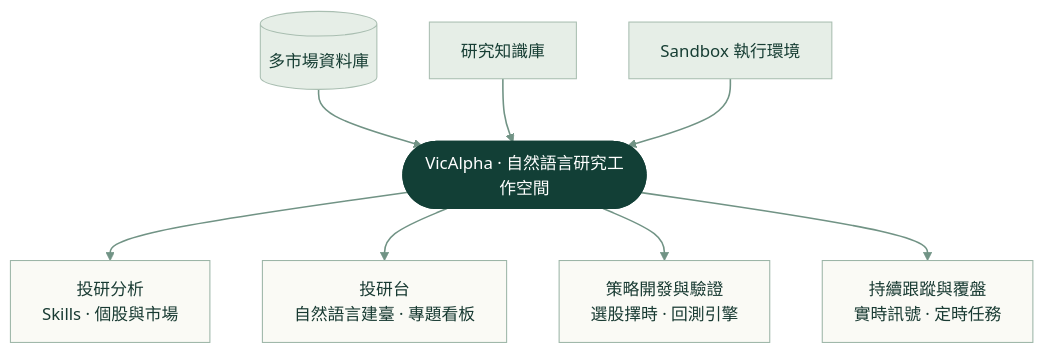
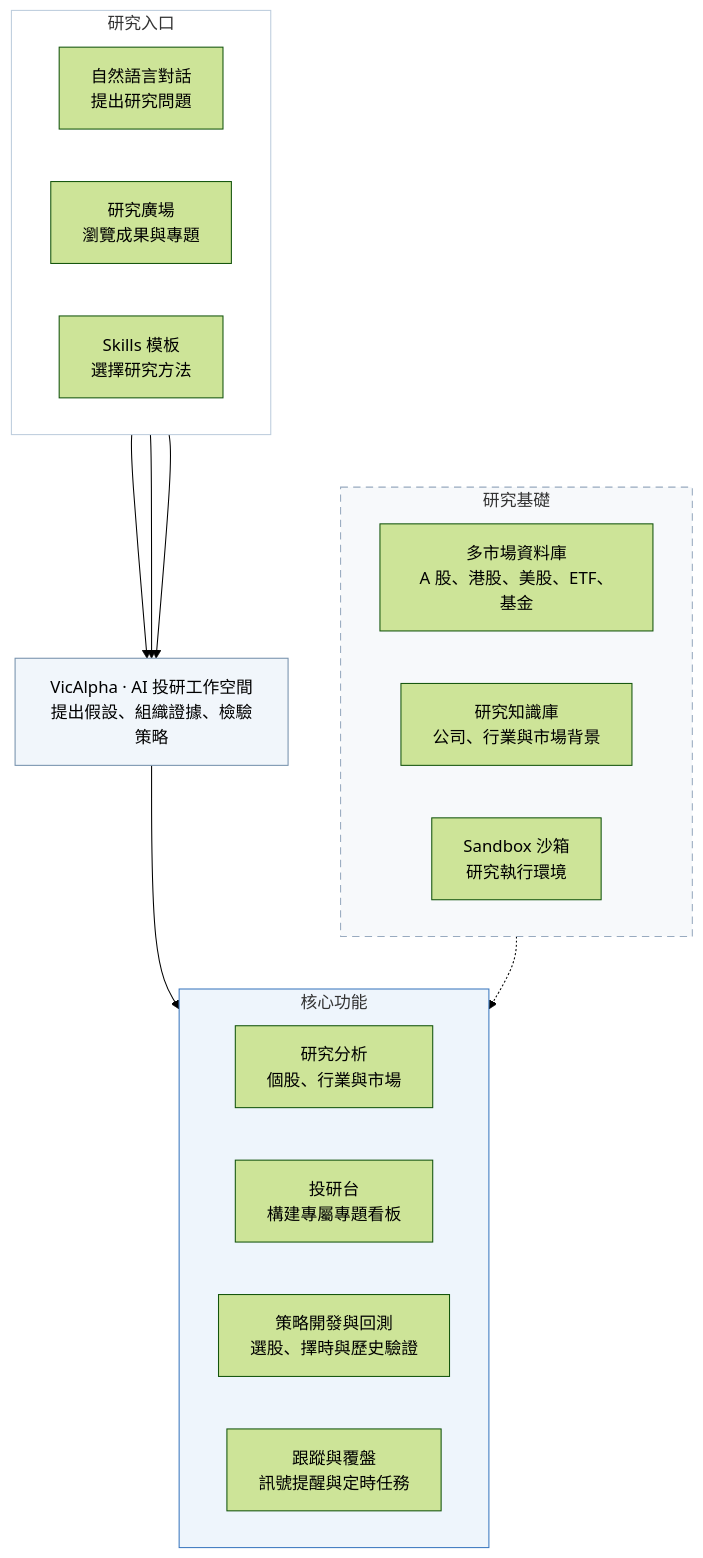
The diagram in images/platform-structure-tw.mmd (piuup/vicalpha-agent), drawn with Mermaid (forest theme) before and after one commit. The commit also changed 6 other files, not shown here.

Commit message:
Present research entry points, workspace, tools and foundations in a layered diagram

```diff
--- a/images/platform-structure-tw.mmd
+++ b/images/platform-structure-tw.mmd
@@ -1,16 +1,30 @@
 flowchart TB
-    D[("多市場資料庫")] --> W
-    K["研究知識庫"] --> W
-    S["Sandbox 執行環境"] --> W
-    W(["VicAlpha · 自然語言研究工作空間"])
-    W --> R["投研分析<br/>Skills · 個股與市場"]
-    W --> B["投研台<br/>自然語言建臺 · 專題看板"]
-    W --> T["策略開發與驗證<br/>選股擇時 · 回測引擎"]
-    W --> A["持續跟蹤與覆盤<br/>實時訊號 · 定時任務"]
-    classDef core fill:#123f36,color:#ffffff,stroke:#123f36,stroke-width:2px;
-    classDef base fill:#e6eee7,color:#173e34,stroke:#a9beb1;
-    classDef tool fill:#fafaf5,color:#183a32,stroke:#9cb5a7;
-    class W core;
-    class D,K,S base;
-    class R,B,T,A tool;
-    linkStyle default stroke:#719385,stroke-width:1.5px;
+    subgraph entry["研究入口"]
+        direction LR
+        chat["自然語言對話<br/>提出研究問題"]
+        plaza["研究廣場<br/>瀏覽成果與專題"]
+        skills["Skills 模板<br/>選擇研究方法"]
+    end
+    subgraph core["核心功能"]
+        direction LR
+        research["研究分析<br/>個股、行業與市場"]
+        desk["投研台<br/>構建專屬專題看板"]
+        strategy["策略開發與回測<br/>選股、擇時與歷史驗證"]
+        monitor["跟蹤與覆盤<br/>訊號提醒與定時任務"]
+    end
+    subgraph base["研究基礎"]
+        direction LR
+        db["多市場資料庫<br/>A 股、港股、美股、ETF、基金"]
+        kb["研究知識庫<br/>公司、行業與市場背景"]
+        sandbox["Sandbox 沙箱<br/>研究執行環境"]
+    end
+    workspace["VicAlpha · AI 投研工作空間<br/>提出假設、組織證據、檢驗策略"]
+    chat --> workspace
+    plaza --> workspace
+    skills --> workspace
+    workspace --> core
+    base -.-> core
+    style entry fill:#ffffff,stroke:#bdcddd
+    style workspace fill:#f1f6fb,stroke:#7691ac
+    style core fill:#eef5fc,stroke:#3c78bf
+    style base fill:#f7f9fb,stroke:#98aabf,stroke-dasharray: 7 5
```
